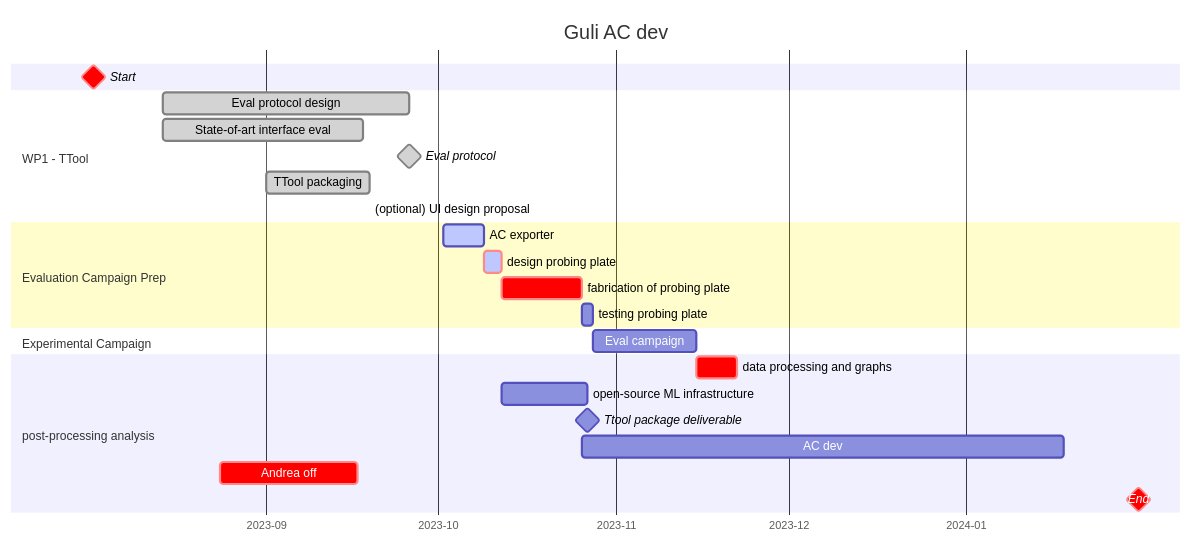
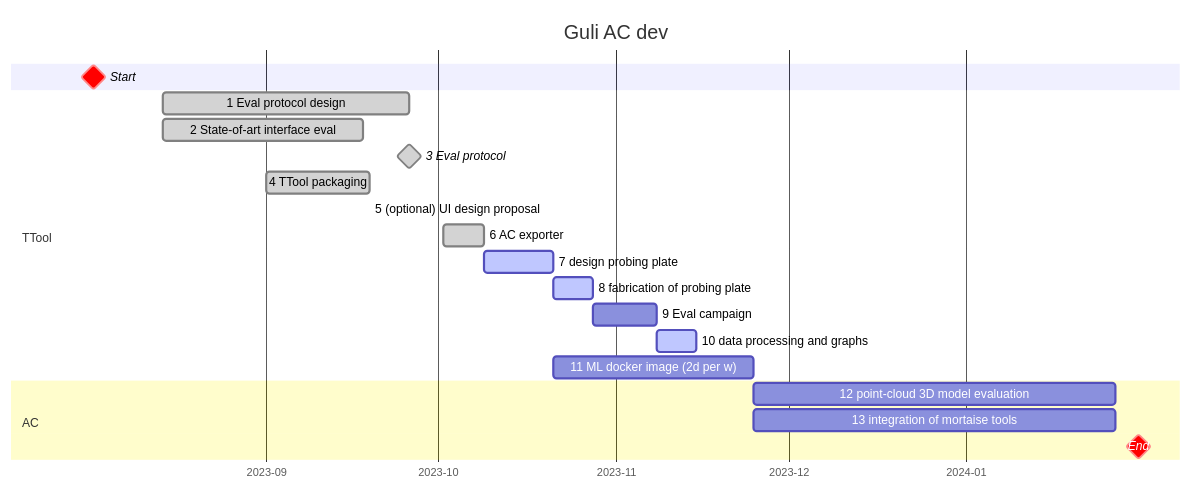
One commit to ibois-epfl/augmented-carpentry changed the first of 2 diagrams in README.md. Above: the diagram before and after it, drawn with Mermaid. The commit also changed other lines of this file, not shown here.

Commit message:
MILESTONE-ADD: new set of tasks for Guli added*

````diff
--- a/README.md
+++ b/README.md
@@ -42,40 +16,27 @@
 ```mermaid
 gantt
     dateFormat  YYYY-MM-DD
     title       Guli AC dev
     axisFormat %Y-%m
 
     Start                                                     :milestone, crit, strt, 2023-08-02, 0d
 
-    section WP1 - TTool
-    Eval protocol design                                      :done, cmkprj, 2023-08-14, 6.2w
-    State-of-art interface eval                               :done, ref, 2023-08-14, 5w
-    Eval protocol                                             :done, milestone, milttol, 2023-09-26, 0d
-    
-    TTool packaging                                           :done, packcont, 2023-09-01, 2.5w
+    section TTool
+    1 Eval protocol design                                      :done, cmkprj, 2023-08-14, 6.2w
+    2 State-of-art interface eval                               :done, ref, 2023-08-14, 5w
+    3 Eval protocol                                             :done, milestone, milttol, 2023-09-26, 0d
+    4 TTool packaging                                           :done, packcont, 2023-09-01, 2.5w
+    5 (optional) UI design proposal                             :uidesign, after packcont, 0d
+    6 AC exporter                                               :done, acexp, 2023-10-02, 1w
+    7 design probing plate                                      :active, active, probplt, after acexp, 12d
+    8 fabrication of probing plate                              :active, fabplt, after probplt, 1w
+    9 Eval campaign                                             :eval, after fabplt, 1.5w
+    10 data processing and graphs                               :active, dataaprgr, after eval, 1w
+    11 ML docker image (2d per w)                               :mlclass, after probplt, 5w
 
+    section AC
+    12 point-cloud 3D model evaluation                          :acdev, after mlclass, 9w
+    13 integration of mortaise tools                            :acdev, after mlclass, 9w
 
-    (optional) UI design proposal                             :uidesign, after packcont, 0d
-
-    section Evaluation Campaign Prep
-    AC exporter                                               :active, acexp, 2023-10-02, 1w
-    design probing plate                                      :crit, active, probplt, after acexp, 3d
-    fabrication of probing plate                              :crit, fabplt, after probplt, 2w
-    testing probing plate                                     :testplt, after fabplt, 2d 
-
-    section Experimental Campaign
-    Eval campaign                                             :eval, after testplt, 2.5w
-
-    section post-processing analysis
-    data processing and graphs                                :crit, dataaprgr, after eval, 1w
-
-    open-source ML infrastructure                             :mlclass, after probplt, 15d
-
-    Ttool package deliverable                                 :milestone, del1, after mlclass, 0d
-    
-    AC dev                                                    :acdev, after mlclasmil, 12w
-
-    Andrea off                                                :crit, 2023-08-24, 2023-09-17
-
-    End                                                       :milestone, crit, ender, 2024-01-31, 0d
+    End                                                         :milestone, crit, ender, 2024-01-31, 0d
 ```
````
